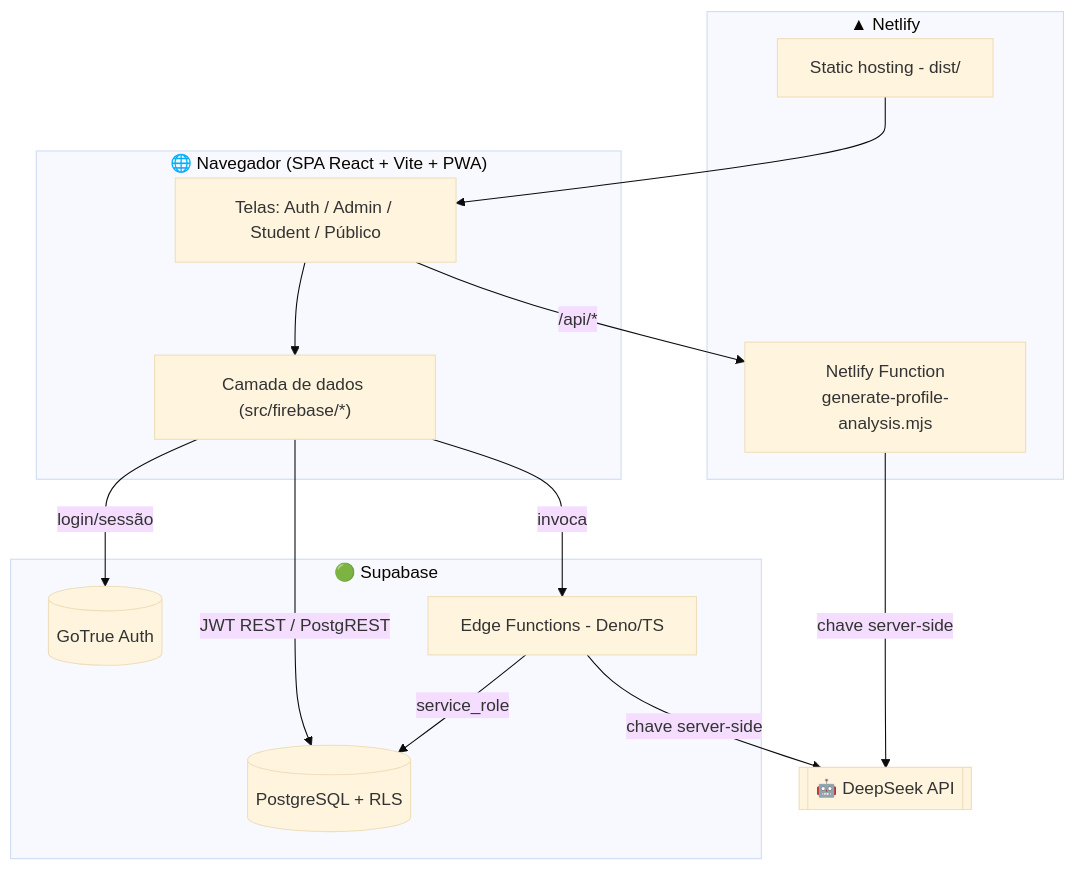
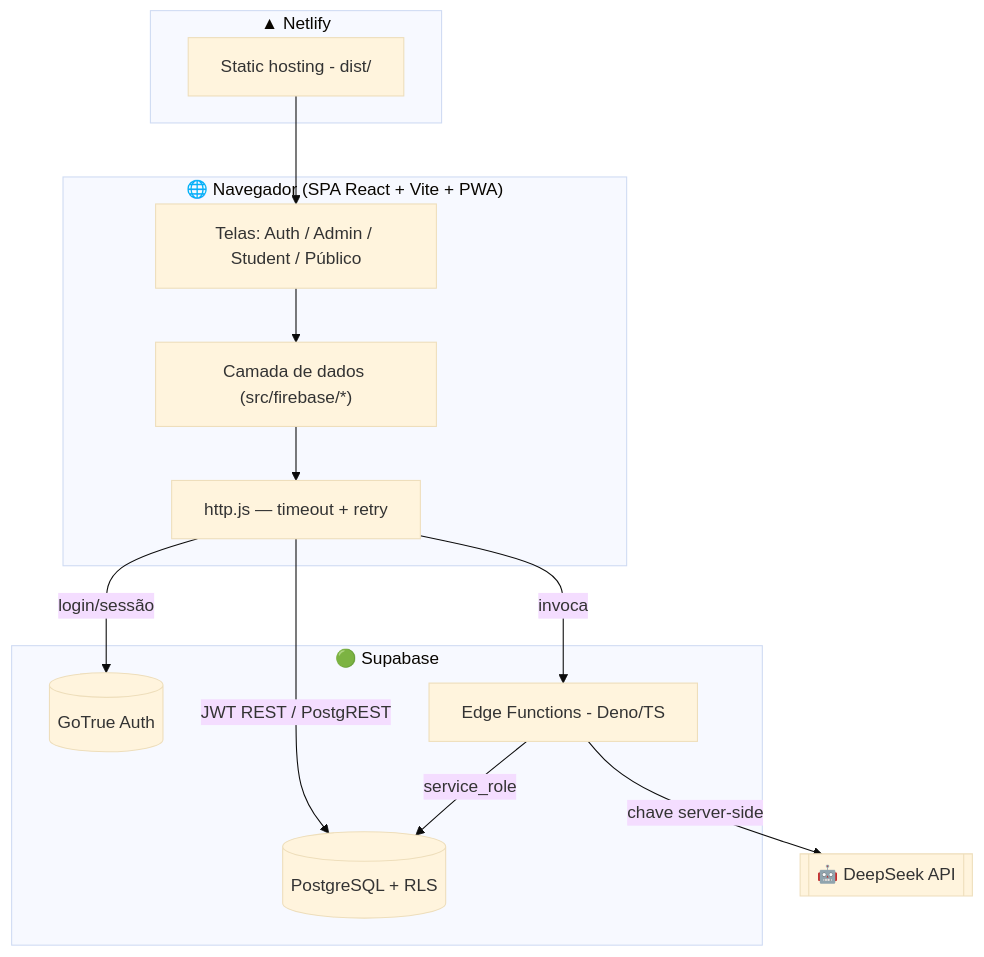
Before and after one commit to Brefire79/PerfilMaster: the diagram in manual_tecnico.md, drawn with Mermaid (base theme). The commit also changed other lines of this file and 28 other files, not shown here.

````diff
--- a/manual_tecnico.md
+++ b/manual_tecnico.md
@@ -15,30 +17,29 @@
 ```mermaid
 flowchart TD
     subgraph Cliente["🌐 Navegador (SPA React + Vite + PWA)"]
         UI[Telas: Auth / Admin / Student / Público]
+        HTTP["http.js — timeout + retry"]
         DL["Camada de dados (src/firebase/*)"]
     end
 
     subgraph Netlify["▲ Netlify"]
         Static[Static hosting - dist/]
-        NF["Netlify Function<br/>generate-profile-analysis.mjs"]
     end
 
     subgraph Supabase["🟢 Supabase"]
         Auth[(GoTrue Auth)]
         PG[(PostgreSQL + RLS)]
         EF[Edge Functions - Deno/TS]
     end
 
     DeepSeek[["🤖 DeepSeek API"]]
 
     UI --> DL
-    DL -->|JWT REST / PostgREST| PG
-    DL -->|login/sessão| Auth
-    DL -->|invoca| EF
-    UI -->|/api/*| NF
-    NF -->|chave server-side| DeepSeek
+    DL --> HTTP
+    HTTP -->|JWT REST / PostgREST| PG
+    HTTP -->|login/sessão| Auth
+    HTTP -->|invoca| EF
     EF -->|service_role| PG
     EF -->|chave server-side| DeepSeek
     Static --> UI
 ```
````
